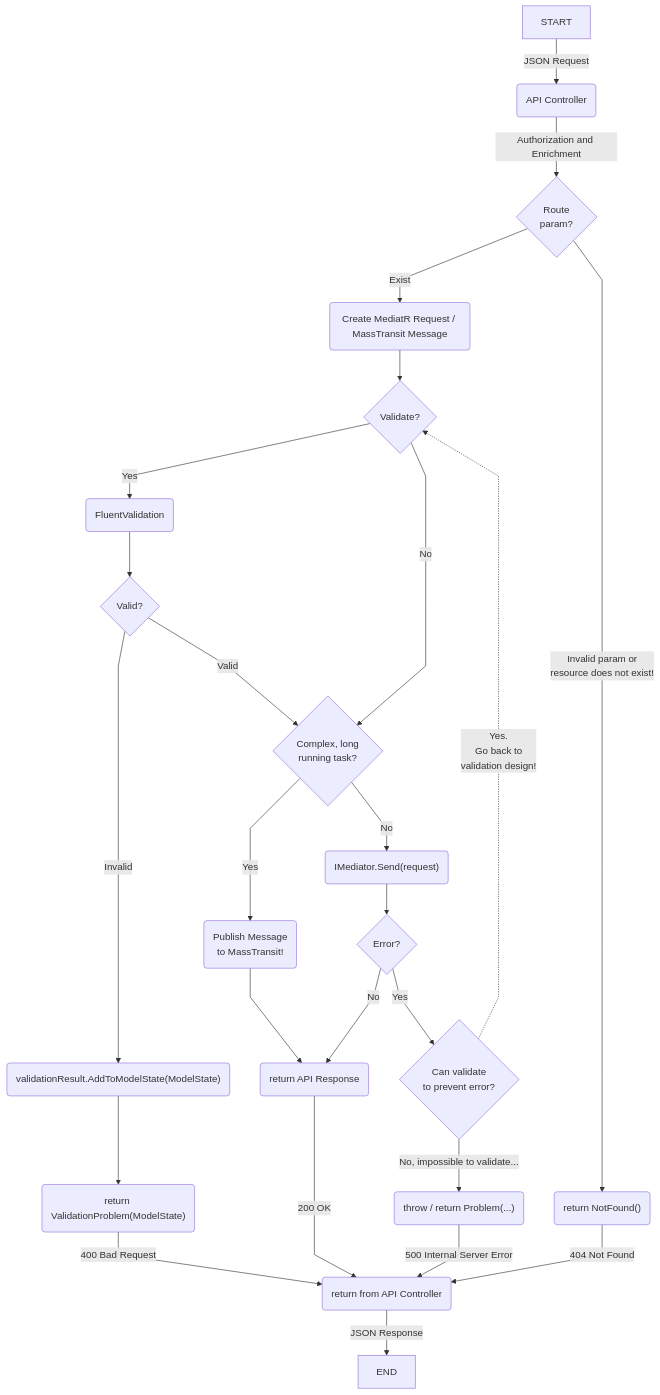
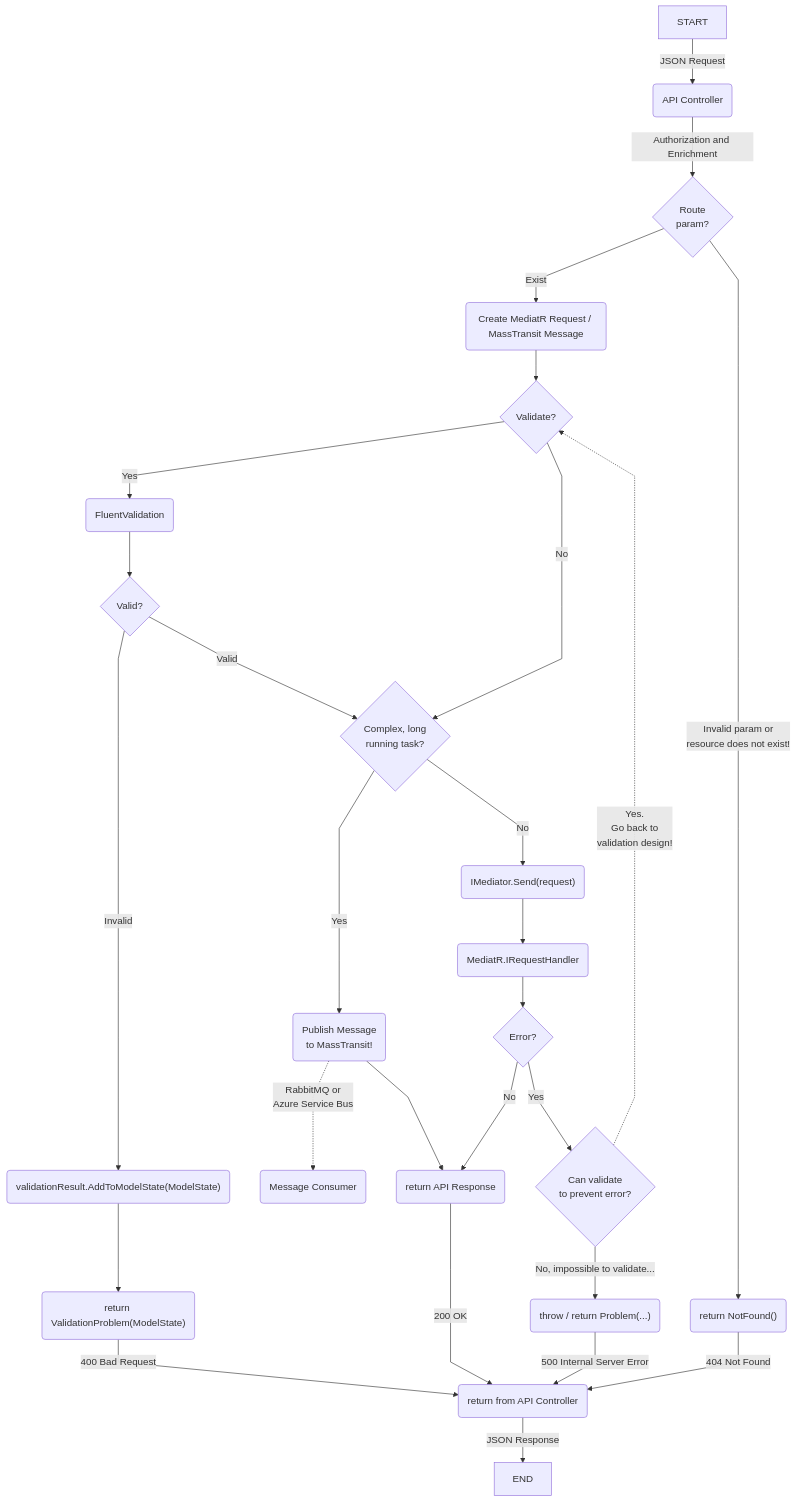
One commit to accelist/Accelist.WebApiStandard changed the diagram in README.md. Above: the diagram before and after it, drawn with Mermaid.

Commit message:
README: fix bus diagram

````diff
--- a/README.md
+++ b/README.md
@@ -80,28 +80,30 @@
 ```mermaid
 %%{init: {'flowchart' : {'curve' : 'linear'}}}%%
 graph TD
     START --> |JSON Request| A(API Controller)
     A --> |Authorization and Enrichment| R{Route<br/>param?}
     R --> |Exist| B(Create MediatR Request / MassTransit Message)
     R --> |Invalid param or <br/> resource does not exist!| R404("return NotFound()")
     R404 --> |404 Not Found| BACK
     B --> C{Validate?}
     C --> |Yes| D1(FluentValidation)
     C --> |No| F2
     D1 --> E{Valid?}
     E --> |Invalid| F400("validationResult.AddToModelState(ModelState)")
     E --> |Valid| F2
     F400 --> G400("return ValidationProblem(ModelState)")
     G400 --> |400 Bad Request| BACK
-    F2{Complex, long<br/>running task?} --> |Yes| KRabbit("Publish Message<br/>to MassTransit!")
+    F2{Complex, long<br/>running task?} --> |Yes| KBUS("Publish Message<br/>to MassTransit!")
     F2 --> |No| G
-    G("IMediator.Send(request)") --> Catch{Error?}
+    G("IMediator.Send(request)") --> GX(MediatR.IRequestHandler)
+    GX --> Catch{Error?}
     Catch --> |No| L200
     Catch --> |Yes| H500{Can validate<br/>to prevent error?}
-    KRabbit --> L200
+    KBUS -.RabbitMQ or<br/>Azure Service Bus.-> MBUS(Message Consumer)
+    KBUS --> L200
     L200("return API Response") --> |200 OK|BACK
     H500 -."Yes.<br/>Go back to<br/>validation design!".-> C
     H500 --> |No, impossible to validate...|I500("throw / return Problem(...)")
     I500 --> |500 Internal Server Error| BACK
     BACK(return from API Controller) --> |JSON Response| END
 ```
````
